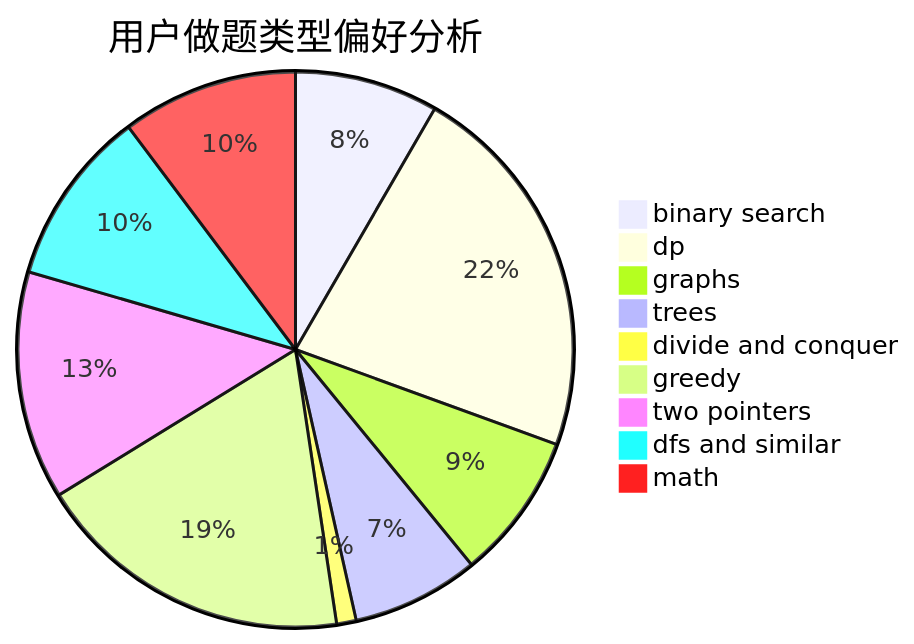
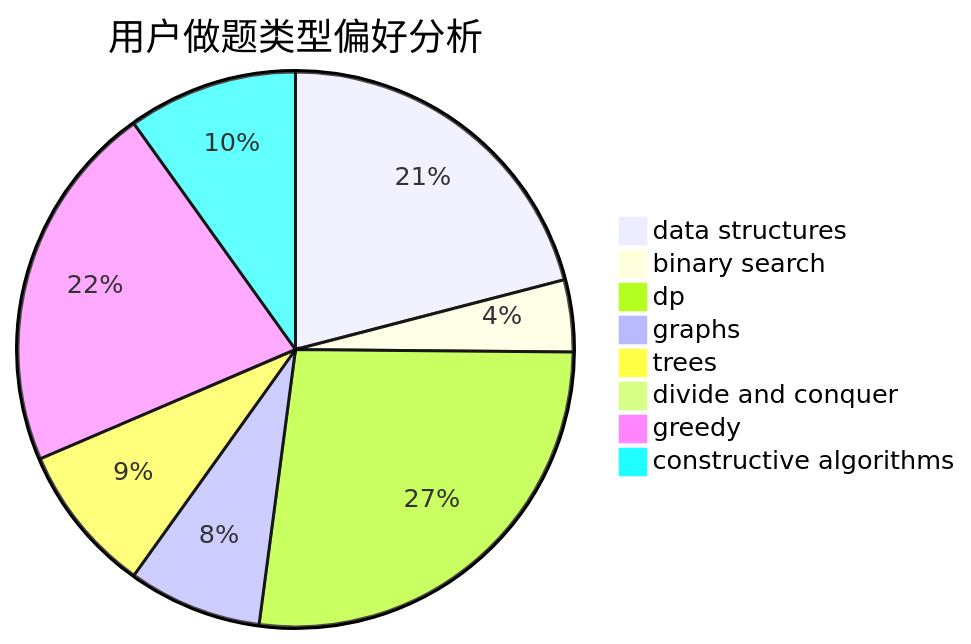
The second of 3 diagrams in docs/user/u869.md (sherpahu/cfrs.github.io), drawn with Mermaid before and after one commit. The commit also changed other lines of this file and 2775 other files, not shown here.

````diff
--- a/docs/user/u869.md
+++ b/docs/user/u869.md
@@ -23,12 +23,11 @@
 ```mermaid
 pie title 用户做题类型偏好分析
-    "binary search" :  44
-    "dp" :  117
-    "graphs" :  45
-    "trees" :  39
-    "divide and conquer" :  6
-    "greedy" :  98
-    "two pointers" :  70
-    "dfs and similar" :  54
-    "math" :  54
+    "data structures" :  70
+    "binary search" :  14
+    "dp" :  90
+    "graphs" :  26
+    "trees" :  29
+    "divide and conquer" :  0
+    "greedy" :  72
+    "constructive algorithms" :  33
 ```
````
